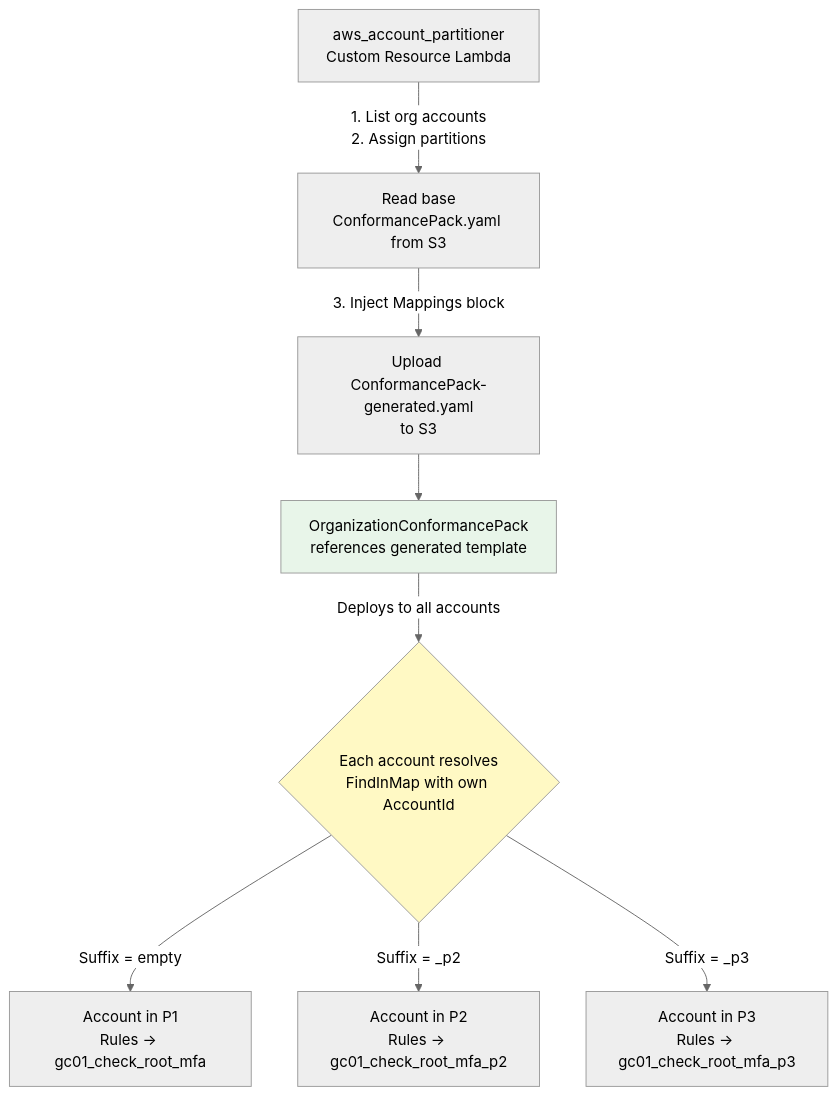
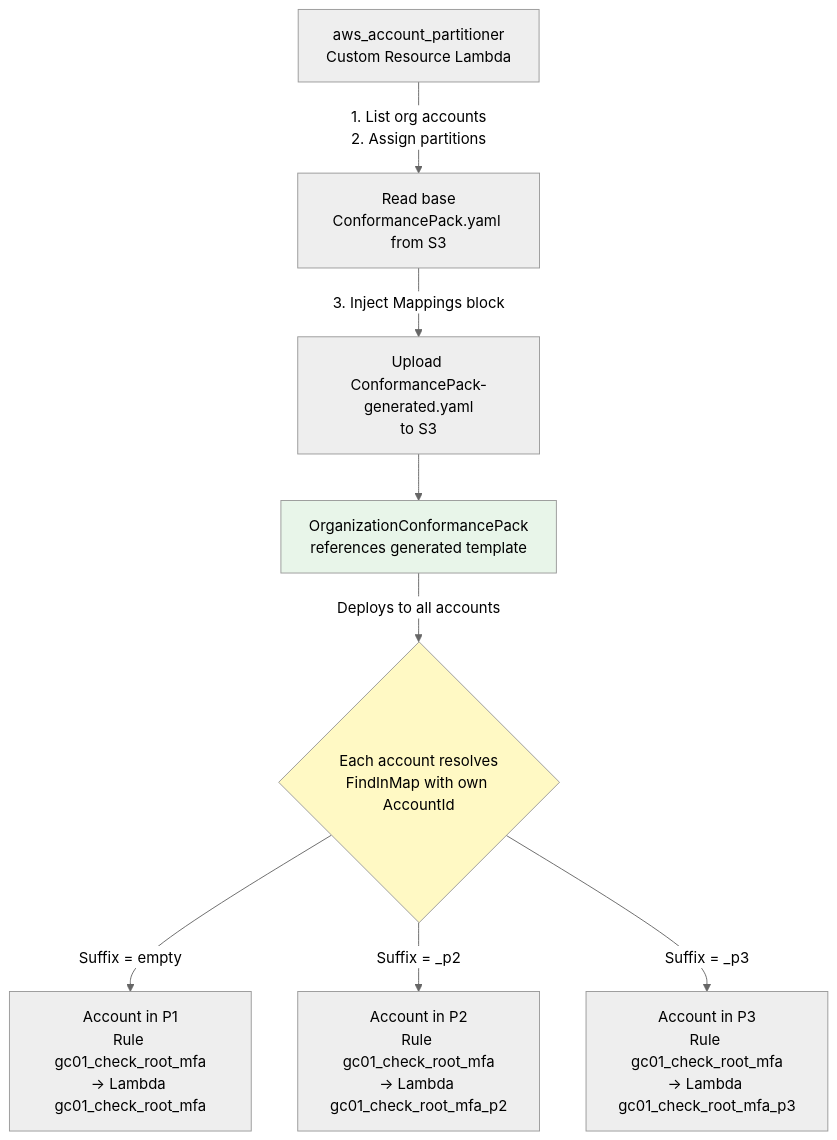
One commit to ssc-spc-ccoe-cei/aws-guardrails-cac-solution changed the second of 2 diagrams in doc/CONFORMANCE_PACK_OPTIONS.md. Above: the diagram before and after it, drawn with Mermaid (neutral theme). The commit also changed other lines of this file and 6 other files, not shown here.

````diff
--- a/doc/CONFORMANCE_PACK_OPTIONS.md
+++ b/doc/CONFORMANCE_PACK_OPTIONS.md
@@ -188,15 +189,15 @@
 ```mermaid
 flowchart TD
     A[aws_account_partitioner<br/>Custom Resource Lambda] -->|1. List org accounts<br/>2. Assign partitions| B[Read base<br/>ConformancePack.yaml from S3]
     B -->|3. Inject Mappings block| C[Upload ConformancePack-generated.yaml<br/>to S3]
     C --> D[OrganizationConformancePack<br/>references generated template]
     
     D -->|Deploys to all accounts| E{Each account resolves<br/>FindInMap with own AccountId}
     
-    E -->|Suffix = empty| F1[Account in P1<br/>Rules → gc01_check_root_mfa]
-    E -->|Suffix = _p2| F2[Account in P2<br/>Rules → gc01_check_root_mfa_p2]
-    E -->|Suffix = _p3| F3[Account in P3<br/>Rules → gc01_check_root_mfa_p3]
+    E -->|Suffix = empty| F1[Account in P1<br/>Rule gc01_check_root_mfa<br/>→ Lambda gc01_check_root_mfa]
+    E -->|Suffix = _p2| F2[Account in P2<br/>Rule gc01_check_root_mfa<br/>→ Lambda gc01_check_root_mfa_p2]
+    E -->|Suffix = _p3| F3[Account in P3<br/>Rule gc01_check_root_mfa<br/>→ Lambda gc01_check_root_mfa_p3]
 
     style D fill:#e8f5e9
     style E fill:#fff9c4
 ```
````
